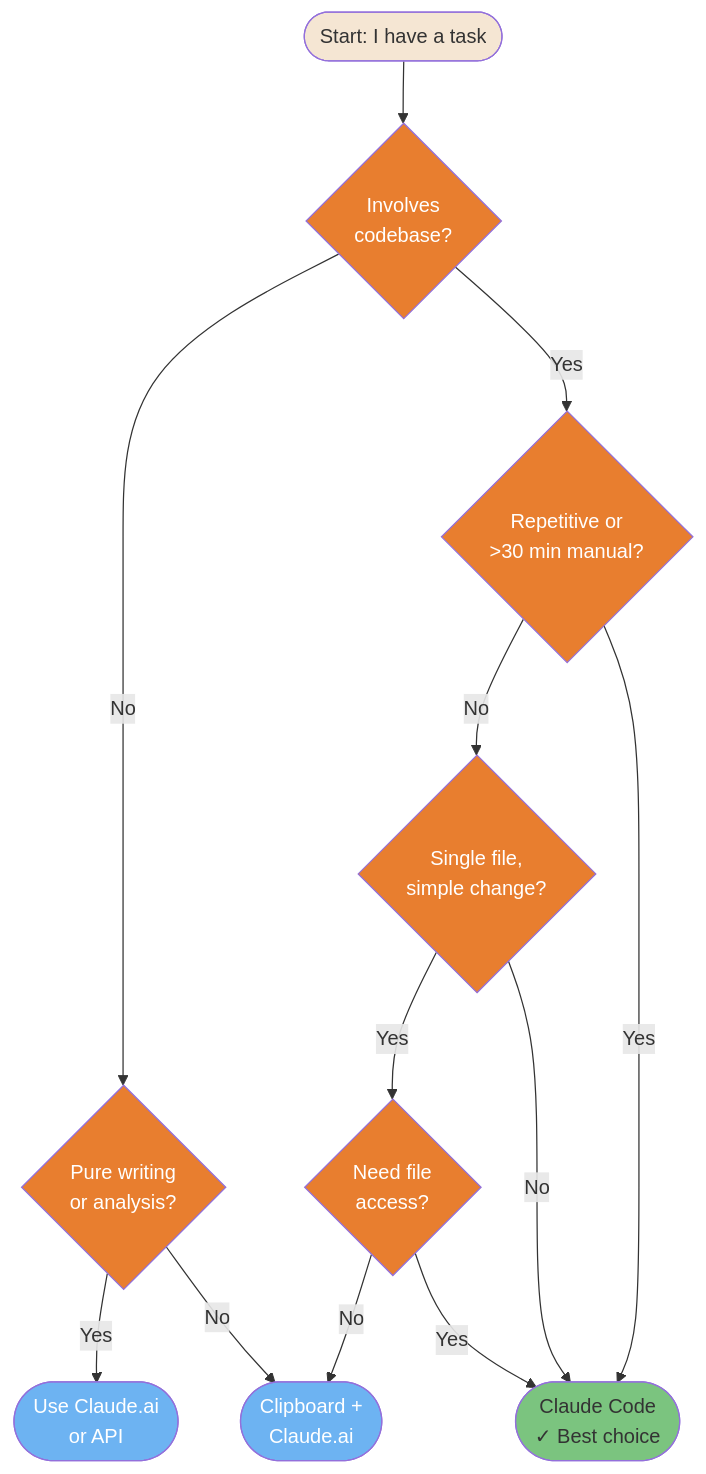
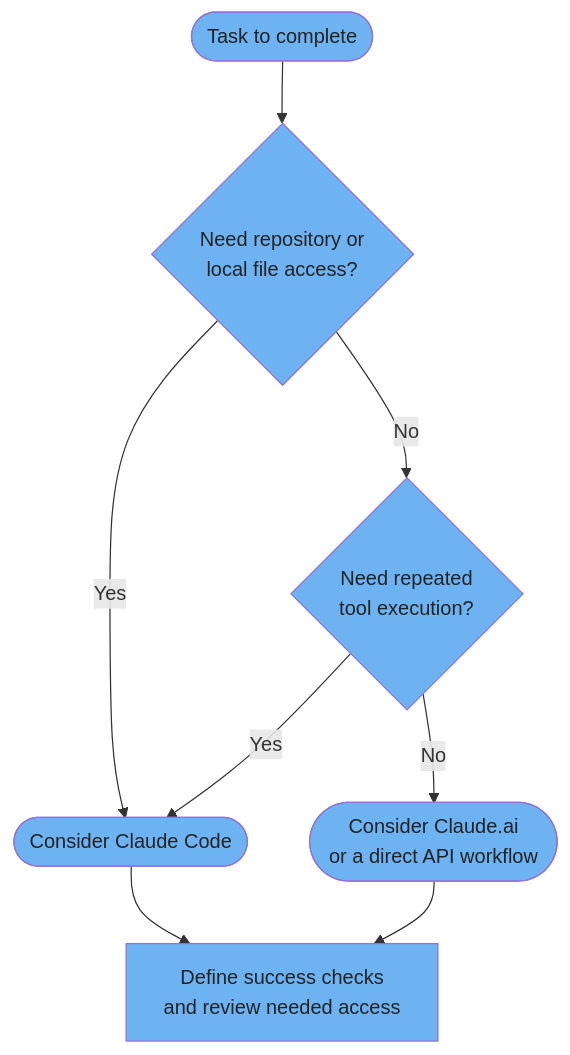
One commit to FlorianBruniaux/claude-code-ultimate-guide changed the third of 4 diagrams in guide/diagrams/01-foundations.md. Above: the diagram before and after it, drawn with Mermaid. The commit also changed other lines of this file and 17 other files, not shown here.

Commit message:
docs: refresh all diagrams and correct their source guidance

````diff
--- a/guide/diagrams/01-foundations.md
+++ b/guide/diagrams/01-foundations.md
@@ -149,38 +129,22 @@
 ```mermaid
 flowchart TD
-    A([Start: I have a task]) --> B{Involves<br/>codebase?}
-    B -->|No| C{Pure writing<br/>or analysis?}
-    B -->|Yes| D{Repetitive or<br/>>30 min manual?}
-
-    C -->|Yes| E([Use Claude.ai<br/>or API])
-    C -->|No| F([Clipboard +<br/>Claude.ai])
-
-    D -->|No| G{Single file,<br/>simple change?}
-    D -->|Yes| H([Claude Code<br/>✓ Best choice])
-
-    G -->|Yes| I{Need file<br/>access?}
-    G -->|No| H
-
-    I -->|No| F
-    I -->|Yes| H
-
-    style A fill:#F5E6D3,color:#333
-    style B fill:#E87E2F,color:#fff
-    style C fill:#E87E2F,color:#fff
-    style D fill:#E87E2F,color:#fff
-    style G fill:#E87E2F,color:#fff
-    style I fill:#E87E2F,color:#fff
-    style E fill:#6DB3F2,color:#fff
-    style F fill:#6DB3F2,color:#fff
-    style H fill:#7BC47F,color:#333
-
-    click A href "https://github.com/FlorianBruniaux/claude-code-ultimate-guide/blob/main/guide/ultimate-guide.md#12-first-workflow" "When to Use Claude Code"
-    click B href "https://github.com/FlorianBruniaux/claude-code-ultimate-guide/blob/main/guide/ultimate-guide.md#12-first-workflow" "Involves codebase?"
-    click C href "https://github.com/FlorianBruniaux/claude-code-ultimate-guide/blob/main/guide/ultimate-guide.md#12-first-workflow" "Pure writing or analysis?"
-    click D href "https://github.com/FlorianBruniaux/claude-code-ultimate-guide/blob/main/guide/ultimate-guide.md#12-first-workflow" "Repetitive or long manual task?"
-    click E href "https://github.com/FlorianBruniaux/claude-code-ultimate-guide/blob/main/guide/ultimate-guide.md#12-first-workflow" "Use Claude.ai"
-    click F href "https://github.com/FlorianBruniaux/claude-code-ultimate-guide/blob/main/guide/ultimate-guide.md#12-first-workflow" "Clipboard + Claude.ai"
-    click G href "https://github.com/FlorianBruniaux/claude-code-ultimate-guide/blob/main/guide/ultimate-guide.md#12-first-workflow" "Single file, simple change?"
-    click H href "https://github.com/FlorianBruniaux/claude-code-ultimate-guide/blob/main/guide/ultimate-guide.md#11-installation" "Claude Code — Best choice"
-    click I href "https://github.com/FlorianBruniaux/claude-code-ultimate-guide/blob/main/guide/ultimate-guide.md#12-first-workflow" "Need file access?"
+    A([Task to complete]) --> B{Need repository or<br/>local file access?}
+    B -->|Yes| H([Consider Claude Code])
+    B -->|No| C{Need repeated<br/>tool execution?}
+    C -->|Yes| H
+    C -->|No| E([Consider Claude.ai<br/>or a direct API workflow])
+    H --> V[Define success checks<br/>and review needed access]
+    E --> V
+    style A fill:#6DB3F2,color:#222
+    click A href "https://github.com/FlorianBruniaux/claude-code-ultimate-guide/blob/main/guide/ultimate-guide.md#12-first-workflow" "First workflow"
+    style B fill:#6DB3F2,color:#222
+    click B href "https://github.com/FlorianBruniaux/claude-code-ultimate-guide/blob/main/guide/ultimate-guide.md#12-first-workflow" "First workflow"
+    style H fill:#6DB3F2,color:#222
+    click H href "https://github.com/FlorianBruniaux/claude-code-ultimate-guide/blob/main/guide/ultimate-guide.md#12-first-workflow" "First workflow"
+    style C fill:#6DB3F2,color:#222
+    click C href "https://github.com/FlorianBruniaux/claude-code-ultimate-guide/blob/main/guide/ultimate-guide.md#12-first-workflow" "First workflow"
+    style E fill:#6DB3F2,color:#222
+    click E href "https://github.com/FlorianBruniaux/claude-code-ultimate-guide/blob/main/guide/ultimate-guide.md#12-first-workflow" "First workflow"
+    style V fill:#6DB3F2,color:#222
+    click V href "https://github.com/FlorianBruniaux/claude-code-ultimate-guide/blob/main/guide/ultimate-guide.md#12-first-workflow" "First workflow"
 ```
````
